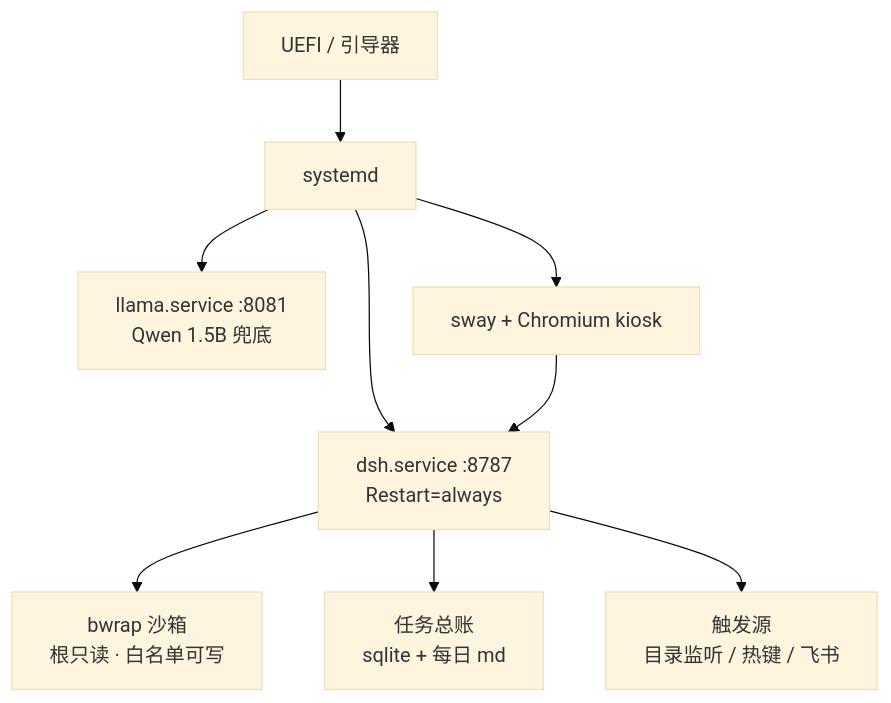
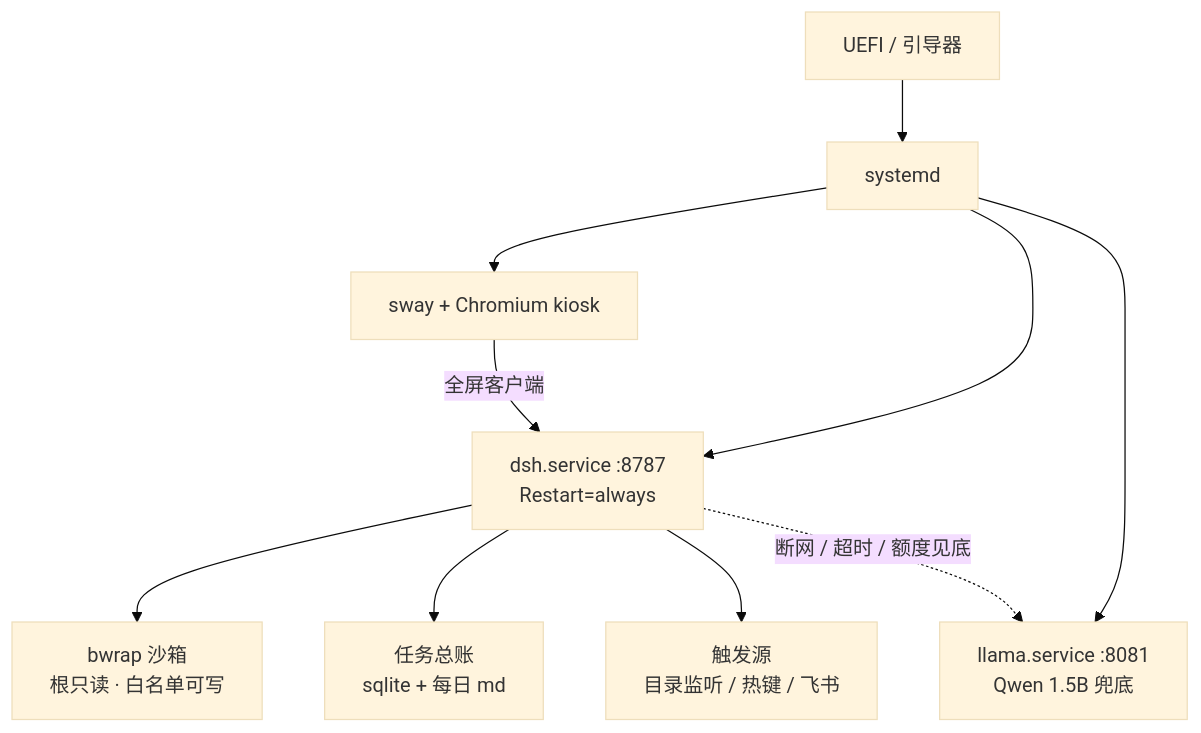
One commit to 2405646728/dsh-os changed the diagram in README.md. Above: the diagram before and after it, drawn with Mermaid (base theme). The commit also changed other lines of this file, not shown here.

Commit message:
README 重写：加封面图、折叠分组的板块结论、验收清单、开放问题

````diff
--- a/README.md
+++ b/README.md
@@ -41,11 +53,12 @@
 ```mermaid
 flowchart TB
-    UEFI[UEFI / 引导器] --> SD[systemd]
+    UEFI["UEFI / 引导器"] --> SD["systemd"]
     SD --> HOST["dsh.service :8787<br/>Restart=always"]
     SD --> LLM["llama.service :8081<br/>Qwen 1.5B 兜底"]
     SD --> COMP["sway + Chromium kiosk"]
-    COMP --> HOST
+    COMP -->|"全屏客户端"| HOST
     HOST --> BOX["bwrap 沙箱<br/>根只读 · 白名单可写"]
     HOST --> LEDGER["任务总账<br/>sqlite + 每日 md"]
     HOST --> TRIG["触发源<br/>目录监听 / 热键 / 飞书"]
+    HOST -.->|"断网 / 超时 / 额度见底"| LLM
 ```
````
